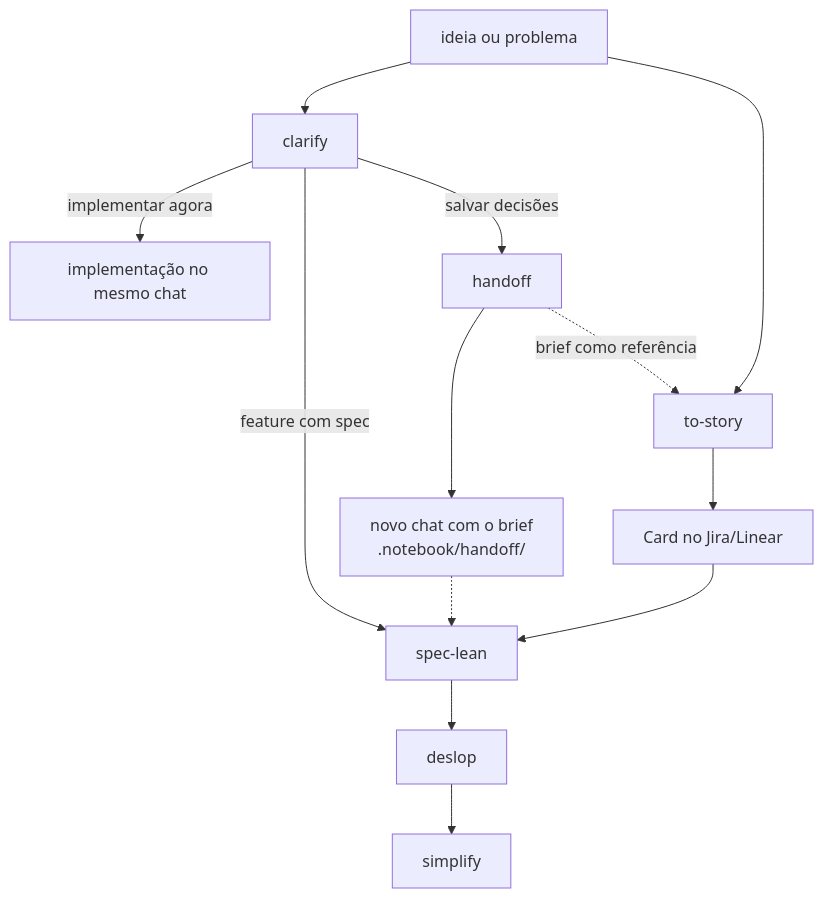
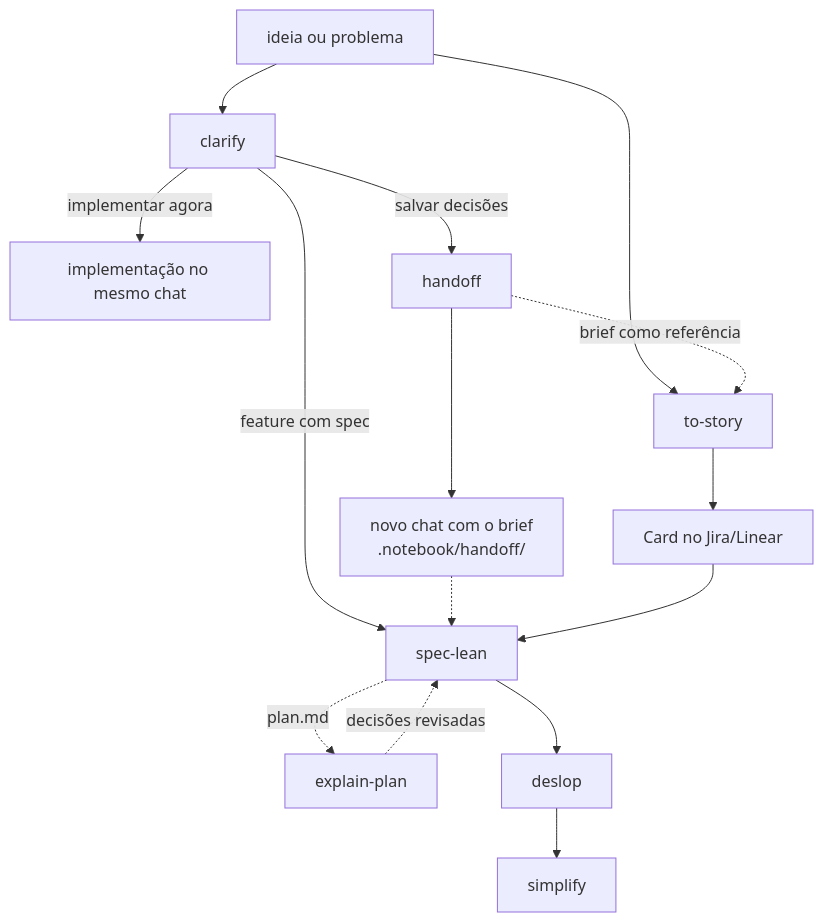
The diagram in README.md (leaofelipe/ia-stuff), drawn with Mermaid before and after one commit. The commit also changed other lines of this file and 1 other file, not shown here.

Commit message:
Add explain-plan skill that walks through a plan as review topics, without changing it.

````diff
--- a/README.md
+++ b/README.md
@@ -44,15 +45,17 @@
 ```mermaid
 flowchart TD
     ideia[ideia ou problema] --> clarify
     ideia --> story[to-story]
     clarify -->|implementar agora| impl[implementação no mesmo chat]
     clarify -->|feature com spec| spec[spec-lean]
     clarify -->|salvar decisões| handoff
     handoff --> novo["novo chat com o brief<br/>.notebook/handoff/"]
     novo -.-> spec
     handoff -.->|brief como referência| story
     story --> jira["Card no Jira/Linear"]
     jira --> spec
+    spec -.->|plan.md| explain[explain-plan]
+    explain -.->|decisões revisadas| spec
     spec --> slop[deslop]
     slop --> simplify
 ```
````
